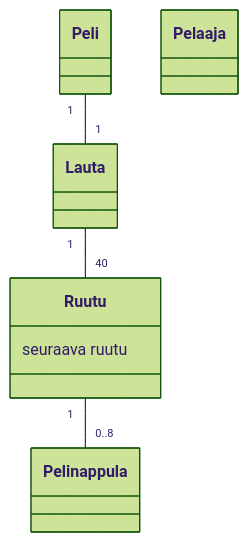
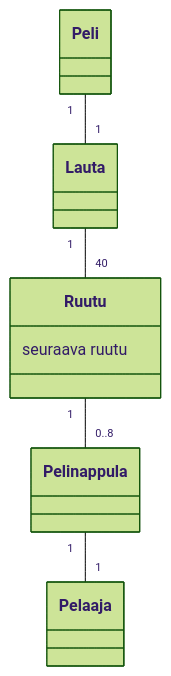
One commit to phuvio/ot-harjoitustyo changed the diagram in laskarit/viikko3/monopoli.md. Above: the diagram before and after it, drawn with Mermaid (forest theme).

````diff
--- a/laskarit/viikko3/monopoli.md
+++ b/laskarit/viikko3/monopoli.md
@@ -3,18 +3,19 @@
 ```mermaid
  classDiagram
       Peli "1"--"1" Lauta
       Lauta "1"--"40" Ruutu
       Ruutu "1"--"0..8" Pelinappula
+      Pelinappula "1"--"1" Pelaaja
       class Peli{
       }
       class Lauta{
       }
       class Ruutu{
       seuraava ruutu
       }
       class Pelaaja{
       }
       class Pelinappula{
       }
       
 ```
````
